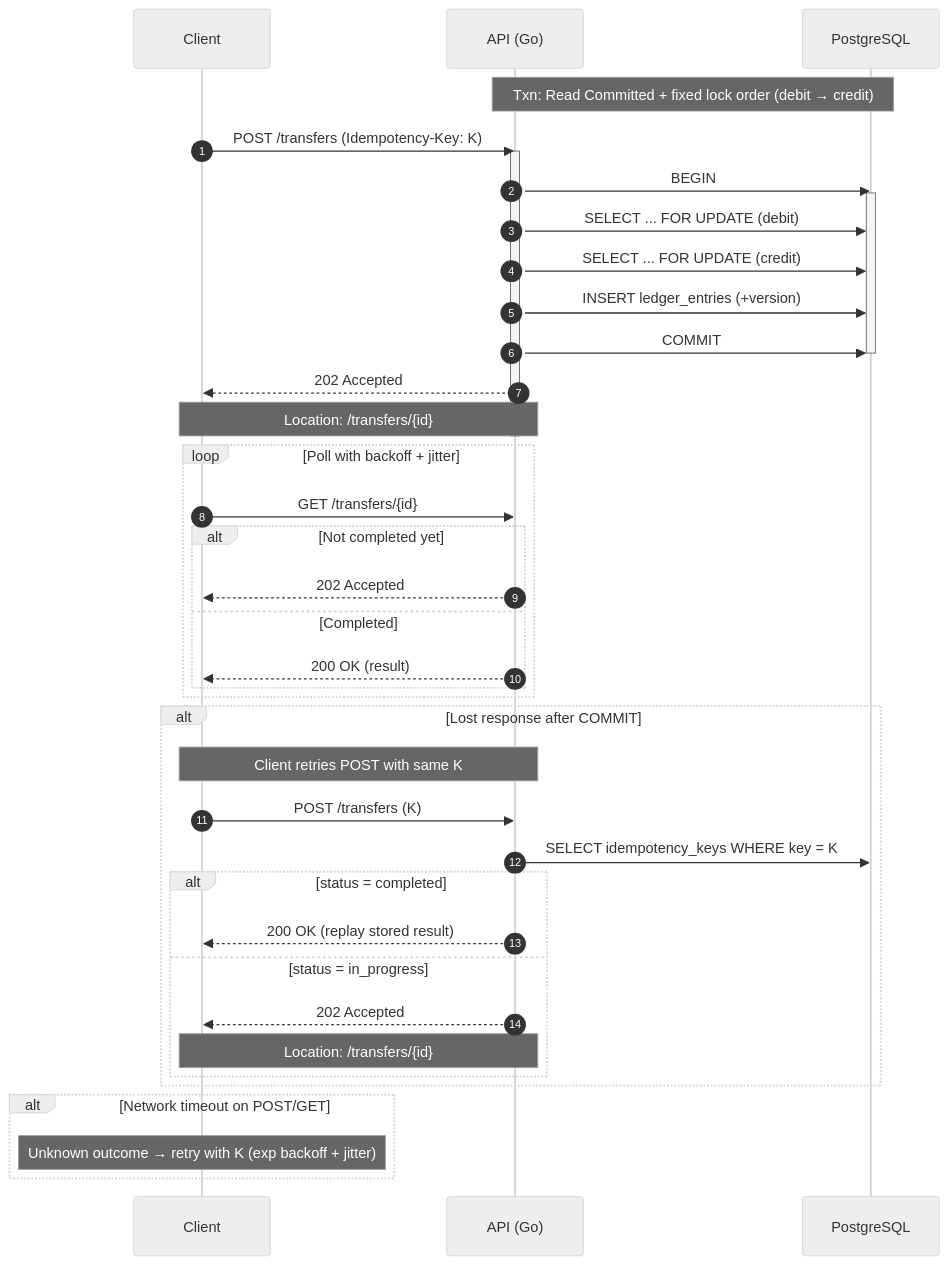
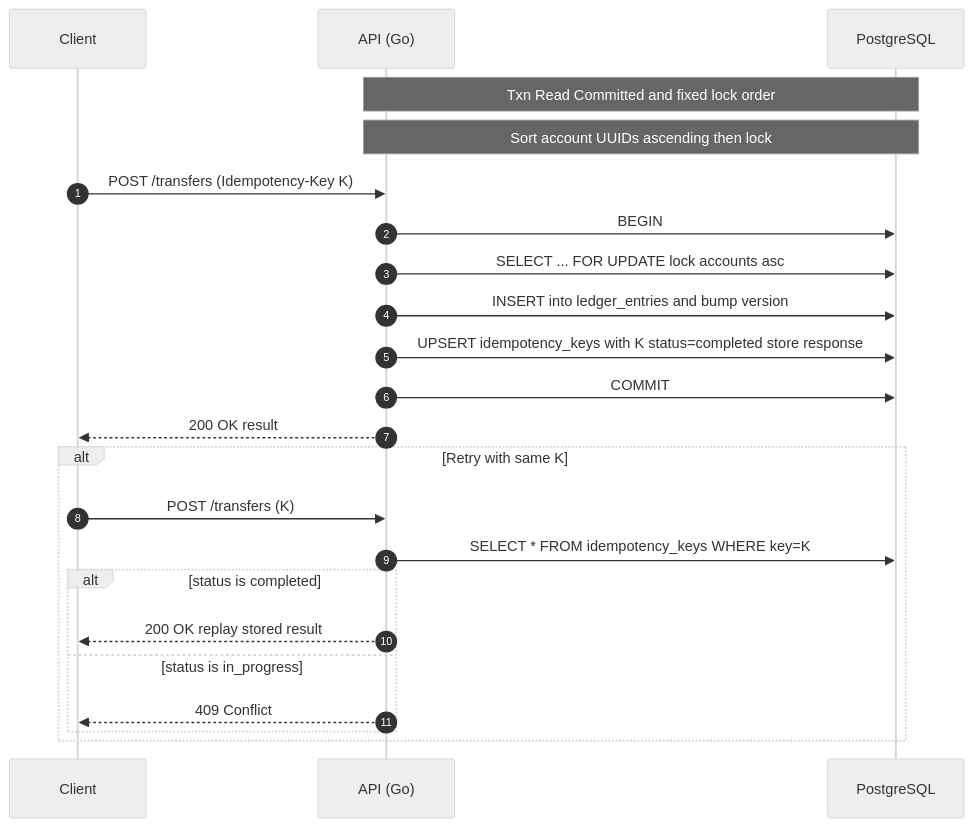
The diagram in docs/figures/src/fig04_transfer_seq.mmd (punchamoorthee/ledgerops), drawn with Mermaid before and after one commit. The commit also changed 13 other files, not shown here.

Commit message:
docs(figures): update all figures to align with new sequence of transfers

```diff
--- a/docs/figures/src/fig04_transfer_seq.mmd
+++ b/docs/figures/src/fig04_transfer_seq.mmd
@@ -1,49 +1,30 @@
 %%{init: {"theme":"neutral","themeVariables":{
   "fontFamily":"Inter, ui-sans-serif, system-ui, -apple-system, Segoe UI, Roboto",
   "primaryColor":"#40826D","primaryBorderColor":"#40826D","primaryTextColor":"#0a0a0a",
   "lineColor":"#40826D","tertiaryColor":"#ffffff"}}}%%
 sequenceDiagram
   autonumber
   participant C as Client
   participant A as API (Go)
   participant D as PostgreSQL
 
-  Note over A,D: Txn: Read Committed + fixed lock order (debit → credit)
+  Note over A,D: Txn Read Committed and fixed lock order
+  Note over A,D: Sort account UUIDs ascending then lock
 
-  C->>A: POST /transfers (Idempotency-Key: K)
-  activate A
+  C->>A: POST /transfers (Idempotency-Key K)
   A->>D: BEGIN
-  activate D
-  A->>D: SELECT ... FOR UPDATE (debit)
-  A->>D: SELECT ... FOR UPDATE (credit)
-  A->>D: INSERT ledger_entries (+version)
+  A->>D: SELECT ... FOR UPDATE lock accounts asc
+  A->>D: INSERT into ledger_entries and bump version
+  A->>D: UPSERT idempotency_keys with K status=completed store response
   A->>D: COMMIT
-  deactivate D
-  A-->>C: 202 Accepted
-  Note over C,A: Location: /transfers/{id}
-  deactivate A
+  A-->>C: 200 OK result
 
-  loop Poll with backoff + jitter
-    C->>A: GET /transfers/{id}
-    alt Not completed yet
-      A-->>C: 202 Accepted
-    else Completed
-      A-->>C: 200 OK (result)
+  alt Retry with same K
+    C->>A: POST /transfers (K)
+    A->>D: SELECT * FROM idempotency_keys WHERE key=K
+    alt status is completed
+      A-->>C: 200 OK replay stored result
+    else status is in_progress
+      A-->>C: 409 Conflict
     end
   end
-
-  alt Lost response after COMMIT
-    Note over C,A: Client retries POST with same K
-    C->>A: POST /transfers (K)
-    A->>D: SELECT idempotency_keys WHERE key = K
-    alt status = completed
-      A-->>C: 200 OK (replay stored result)
-    else status = in_progress
-      A-->>C: 202 Accepted
-      Note over C,A: Location: /transfers/{id}
-    end
-  end
-
-  alt Network timeout on POST/GET
-    Note over C: Unknown outcome → retry with K (exp backoff + jitter)
-  end
```
